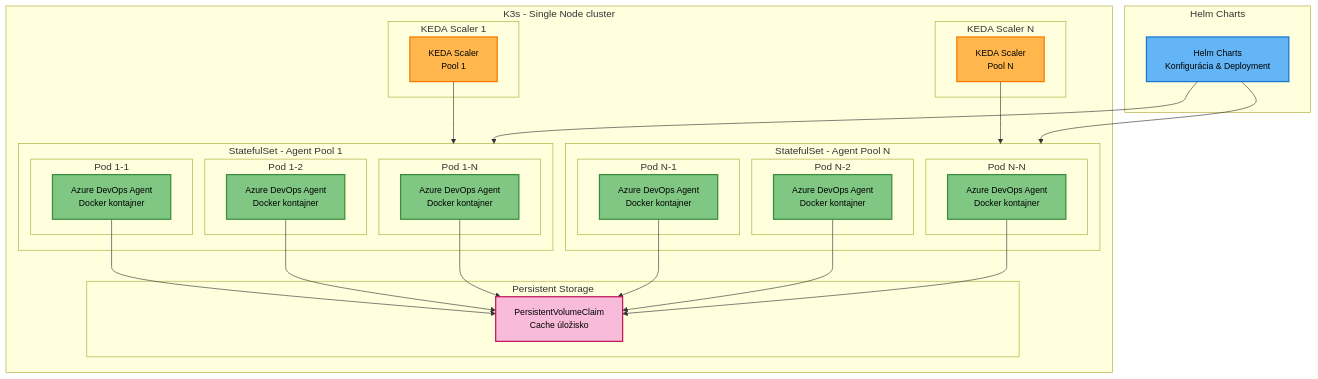
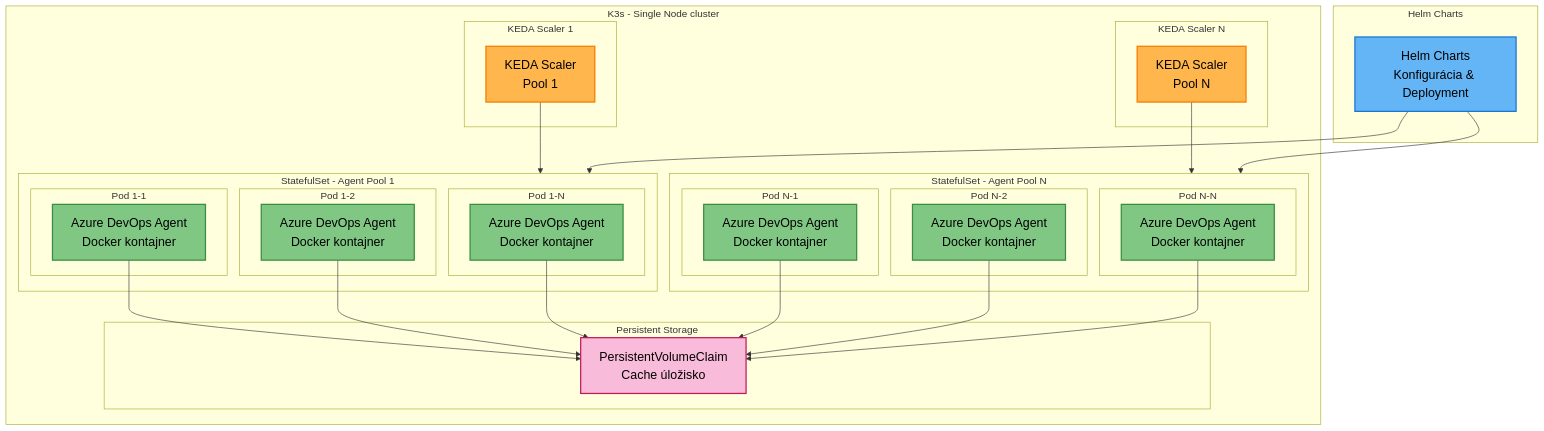
One commit to motycak/kros-sk.github.io changed the first of 2 diagrams in linuxmachine/user-documentation.md. Above: the diagram before and after it, drawn with Mermaid.

````diff
--- a/linuxmachine/user-documentation.md
+++ b/linuxmachine/user-documentation.md
@@ -39,69 +39,69 @@
 ```mermaid
 graph TB
     subgraph "K3s - Single Node cluster"
         subgraph "KEDA Scaler 1"
             KEDA_SCALER1[KEDA Scaler<br/>Pool 1]
         end
         
         subgraph "KEDA Scaler N"
             KEDA_SCALERN[KEDA Scaler<br/>Pool N]
         end
         
         subgraph STATEFULSET_POOL1["StatefulSet - Agent Pool 1"]
             subgraph "Pod 1-1"
                 AGENT1_1[Azure DevOps Agent<br/>Docker kontajner]
             end
             subgraph "Pod 1-2"
                 AGENT1_2[Azure DevOps Agent<br/>Docker kontajner]
             end
             subgraph "Pod 1-N"
                 AGENT1_N[Azure DevOps Agent<br/>Docker kontajner]
             end
         end
         
         subgraph STATEFULSET_POOLN["StatefulSet - Agent Pool N"]
             subgraph "Pod N-1"
                 AGENTN_1[Azure DevOps Agent<br/>Docker kontajner]
             end
             subgraph "Pod N-2"
                 AGENTN_2[Azure DevOps Agent<br/>Docker kontajner]
             end
             subgraph "Pod N-N"
                 AGENTN_N[Azure DevOps Agent<br/>Docker kontajner]
             end
         end
         
         subgraph "Persistent Storage"
             PVC[PersistentVolumeClaim<br/>Cache úložisko]
         end
     end
     
     subgraph "Helm Charts"
         HELM[Helm Charts<br/>Konfigurácia & Deployment]
     end
     
     %% Connections
     KEDA_SCALER1 --> STATEFULSET_POOL1
     KEDA_SCALERN --> STATEFULSET_POOLN
     
     HELM --> STATEFULSET_POOL1
     HELM --> STATEFULSET_POOLN
     
     AGENT1_1 --> PVC
     AGENT1_2 --> PVC
     AGENT1_N --> PVC
     AGENTN_1 --> PVC
     AGENTN_2 --> PVC
     AGENTN_N --> PVC
     
     %% Styling
-    classDef keda fill:#ffb74d,stroke:#f57c00,stroke-width:2px,color:#000,font-size:14px
-    classDef k8s fill:#81c784,stroke:#388e3c,stroke-width:2px,color:#000,font-size:14px
-    classDef helm fill:#64b5f6,stroke:#1976d2,stroke-width:2px,color:#000,font-size:14px
-    classDef storage fill:#f8bbd9,stroke:#c2185b,stroke-width:2px,color:#000,font-size:14px
+    classDef keda fill:#ffb74d,stroke:#f57c00,stroke-width:2px,color:#000,font-size:20px
+    classDef k8s fill:#81c784,stroke:#388e3c,stroke-width:2px,color:#000,font-size:20px
+    classDef helm fill:#64b5f6,stroke:#1976d2,stroke-width:2px,color:#000,font-size:20px
+    classDef storage fill:#f8bbd9,stroke:#c2185b,stroke-width:2px,color:#000,font-size:20px
     
     class KEDA_SCALER1,KEDA_SCALERN keda
     class AGENT1_1,AGENT1_2,AGENT1_N,AGENTN_1,AGENTN_2,AGENTN_N k8s
     class HELM helm
     class PVC storage
 ```
````
